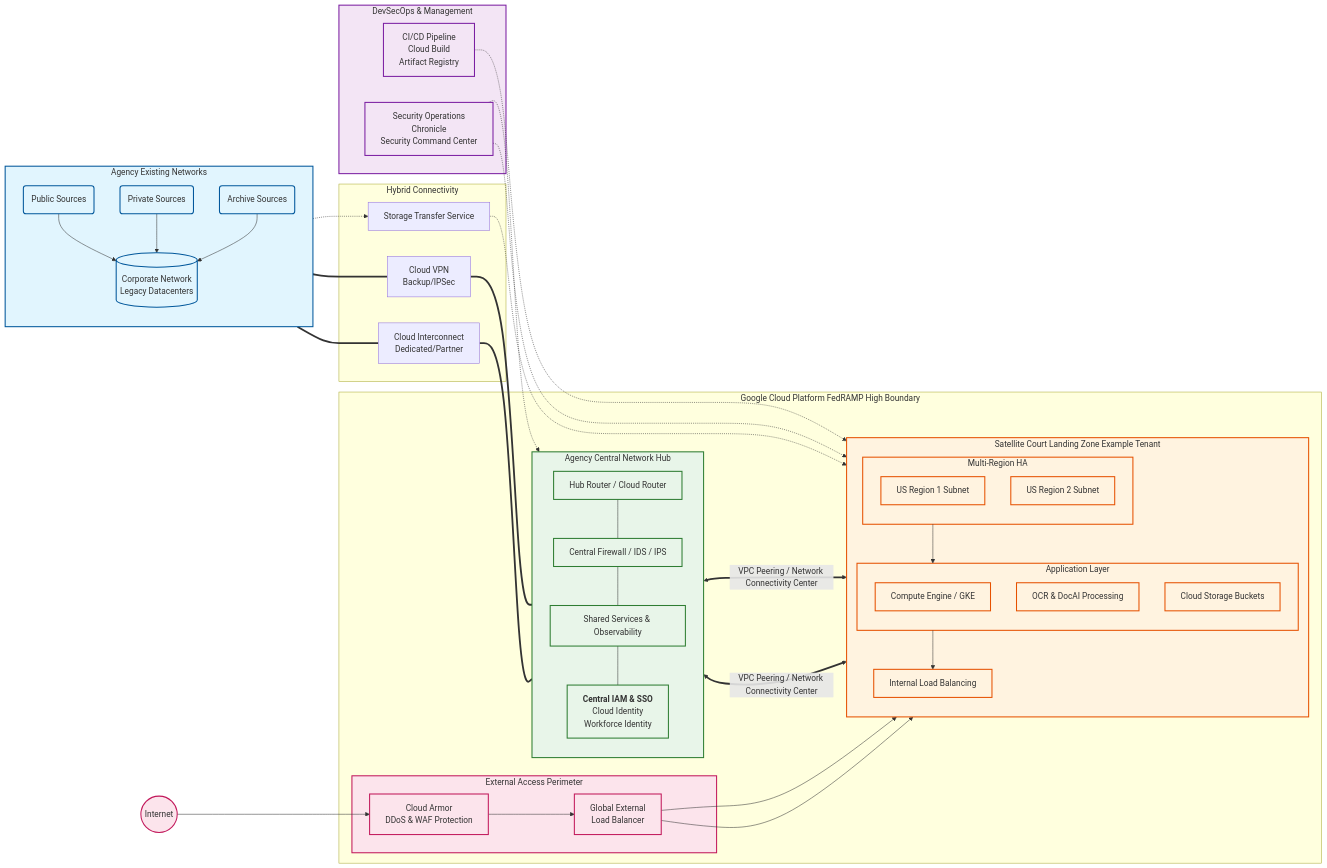
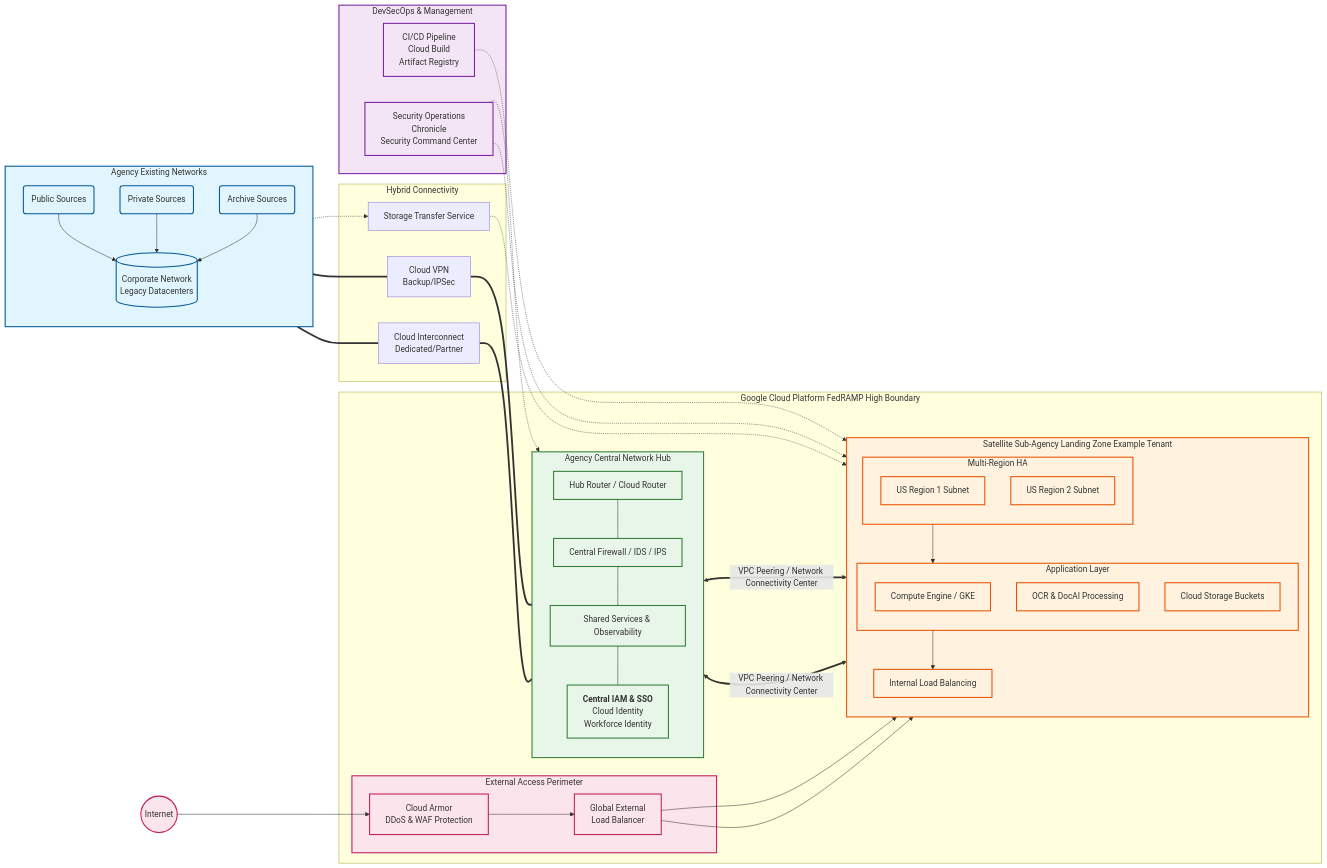
Before and after one commit to joelrader-google/mermaid-chart-samples: the diagram in fedramp_multi_tenant_architecture.md, drawn with Mermaid.

```diff
--- a/fedramp_multi_tenant_architecture.md
+++ b/fedramp_multi_tenant_architecture.md
@@ -44,8 +44,8 @@
             SharedSvcs --- IAM
         end
 
-        %% 2. TENANT / SATELLITE COURT (Replicated 200+ times)
-        subgraph Satellite [Satellite Court Landing Zone Example Tenant]
+        %% 2. TENANT / SATELLITE SUB AGENCY (Replicated 200+ times)
+        subgraph Satellite [Satellite Sub-Agency Landing Zone Example Tenant]
             direction TB
             
             subgraph AppLayer [Application Layer]
```
